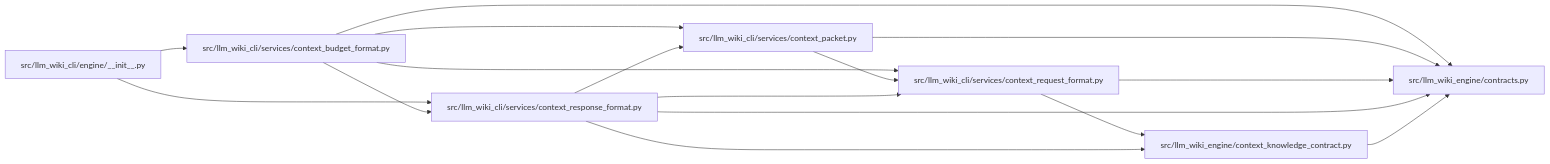
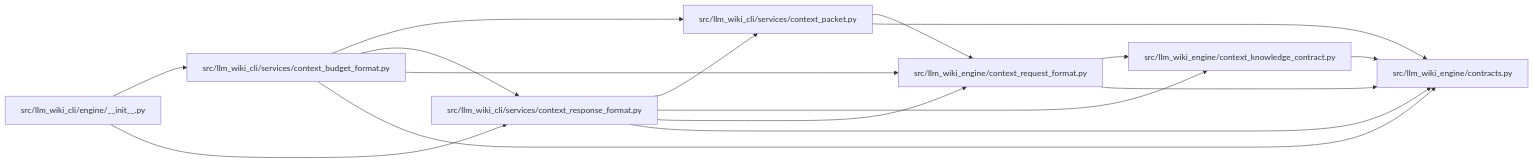
Before and after one commit to Denissvgn/python-wiki-llm: the diagram in docs/llm_wiki/modules/context_response_format.md, drawn with Mermaid. The commit also changed other lines of this file and 1058 other files, not shown here.

First line of the commit message:
docs: refresh the wiki for the knowledge store move

````diff
--- a/docs/llm_wiki/modules/context_response_format.md
+++ b/docs/llm_wiki/modules/context_response_format.md
@@ -28,32 +29,32 @@
 ```mermaid
 flowchart LR
     n0["src/llm_wiki_cli/engine/__init__.py"]
     n1["src/llm_wiki_cli/services/context_budget_format.py"]
     n2["src/llm_wiki_cli/services/context_packet.py"]
-    n3["src/llm_wiki_cli/services/context_request_format.py"]
-    n4["src/llm_wiki_cli/services/context_response_format.py"]
-    n5["src/llm_wiki_engine/context_knowledge_contract.py"]
+    n3["src/llm_wiki_cli/services/context_response_format.py"]
+    n4["src/llm_wiki_engine/context_knowledge_contract.py"]
+    n5["src/llm_wiki_engine/context_request_format.py"]
     n6["src/llm_wiki_engine/contracts.py"]
     n0 --> n1
-    n0 --> n4
+    n0 --> n3
     n1 --> n2
     n1 --> n3
-    n1 --> n4
+    n1 --> n5
     n1 --> n6
-    n2 --> n3
+    n2 --> n5
     n2 --> n6
+    n3 --> n2
+    n3 --> n4
     n3 --> n5
     n3 --> n6
-    n4 --> n2
-    n4 --> n3
-    n4 --> n5
     n4 --> n6
+    n5 --> n4
     n5 --> n6
     click n0 "../modules/engine___init__.md"
     click n1 "../modules/context_budget_format.md"
     click n2 "../modules/context_packet.md"
-    click n3 "../modules/context_request_format.md"
-    click n4 "../modules/context_response_format.md"
-    click n5 "../modules/context_knowledge_contract.md"
+    click n3 "../modules/context_response_format.md"
+    click n4 "../modules/context_knowledge_contract.md"
+    click n5 "../modules/context_request_format.md"
     click n6 "../modules/llm_wiki_engine_contracts.md"
 ```
````
